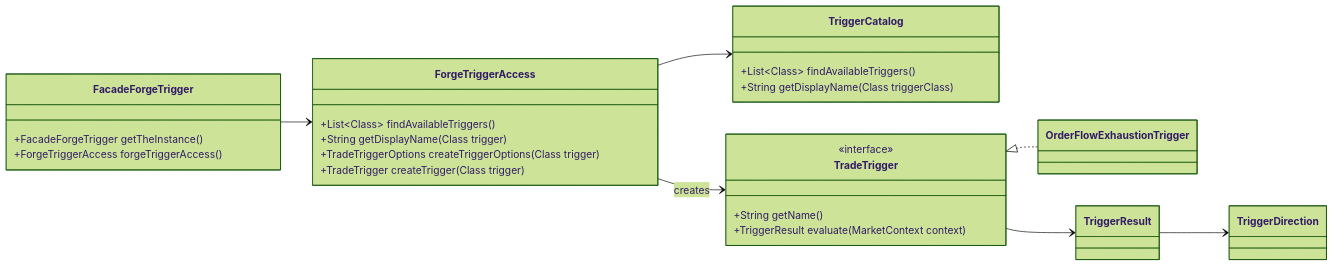
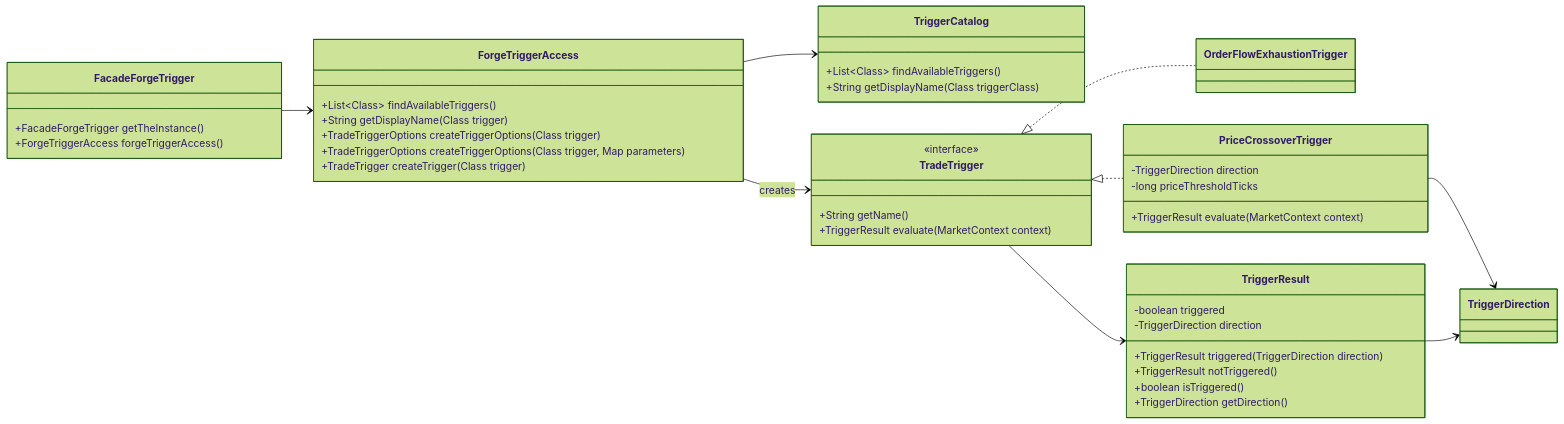
Before and after one commit to probst-paul/FORGE: diagram 13 of 20 in class-model.md, drawn with Mermaid (forest theme). The commit also changed other lines of this file and 23 other files, not shown here.

````diff
--- a/class-model.md
+++ b/class-model.md
@@ -814,38 +823,53 @@
 ```mermaid
 classDiagram
     direction LR
 
     class FacadeForgeTrigger {
         +FacadeForgeTrigger getTheInstance()
         +ForgeTriggerAccess forgeTriggerAccess()
     }
 
     class ForgeTriggerAccess {
         +List~Class~ findAvailableTriggers()
         +String getDisplayName(Class trigger)
         +TradeTriggerOptions createTriggerOptions(Class trigger)
+        +TradeTriggerOptions createTriggerOptions(Class trigger, Map parameters)
         +TradeTrigger createTrigger(Class trigger)
     }
 
     class TriggerCatalog {
         +List~Class~ findAvailableTriggers()
         +String getDisplayName(Class triggerClass)
     }
 
     class TradeTrigger {
         <<interface>>
         +String getName()
         +TriggerResult evaluate(MarketContext context)
     }
 
     class OrderFlowExhaustionTrigger
-    class TriggerResult
+    class PriceCrossoverTrigger {
+        -TriggerDirection direction
+        -long priceThresholdTicks
+        +TriggerResult evaluate(MarketContext context)
+    }
+    class TriggerResult {
+        -boolean triggered
+        -TriggerDirection direction
+        +TriggerResult triggered(TriggerDirection direction)
+        +TriggerResult notTriggered()
+        +boolean isTriggered()
+        +TriggerDirection getDirection()
+    }
     class TriggerDirection
 
     FacadeForgeTrigger --> ForgeTriggerAccess
     ForgeTriggerAccess --> TriggerCatalog
     ForgeTriggerAccess --> TradeTrigger : creates
     TradeTrigger <|.. OrderFlowExhaustionTrigger
+    TradeTrigger <|.. PriceCrossoverTrigger
     TradeTrigger --> TriggerResult
+    PriceCrossoverTrigger --> TriggerDirection
     TriggerResult --> TriggerDirection
 ```
````
